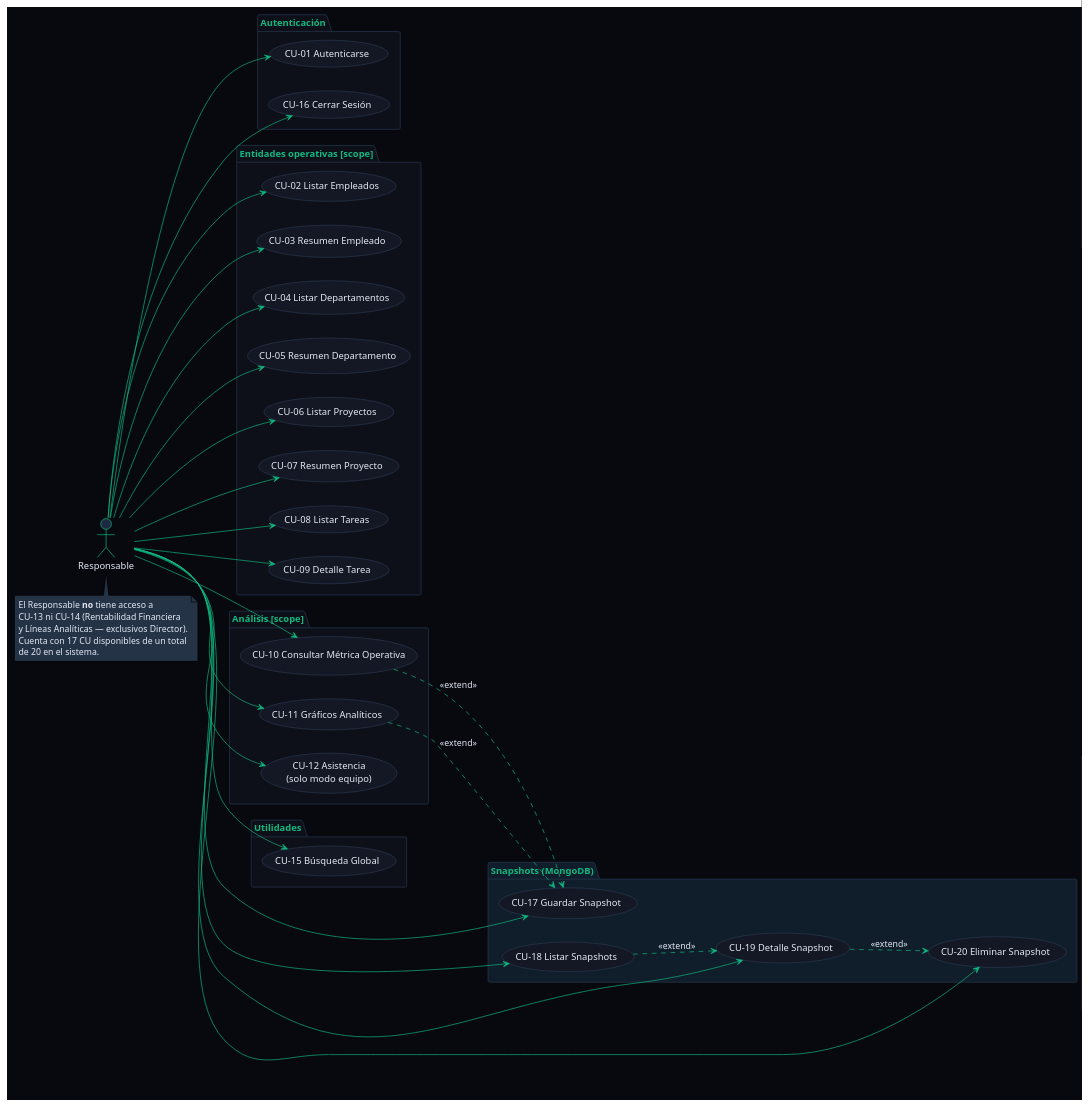
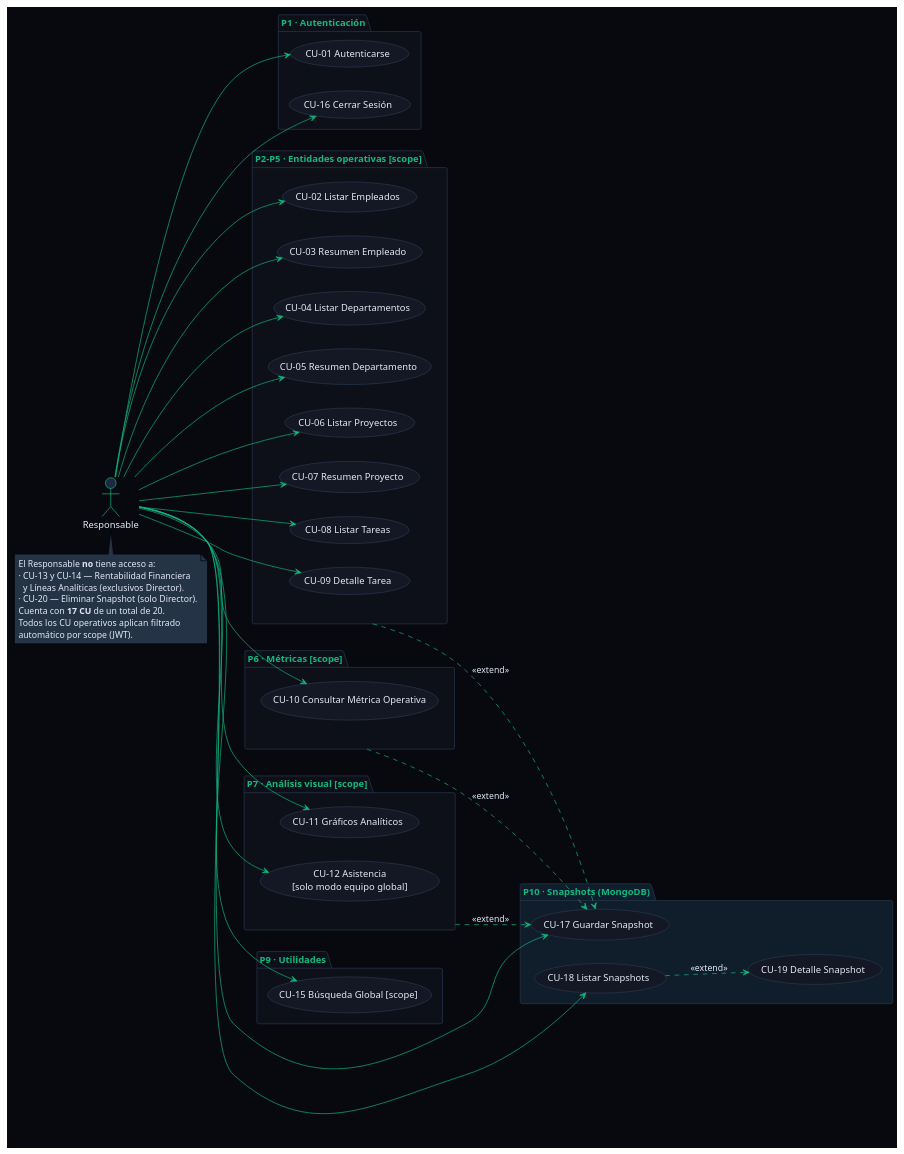
Before and after one commit to ceesargaarcia/GII-TFG-2026: the diagram in Estudiantes/cesar-garcia-eguiguren/Capítulo-2/diagramas/actorResponsable.puml, drawn with PlantUML. The commit also changed 45 other files, not shown here.

Commit message:
actualizacion de los diagramas y documentacion corregida

```diff
--- a/Estudiantes/cesar-garcia-eguiguren/Capítulo-2/diagramas/actorResponsable.puml
+++ b/Estudiantes/cesar-garcia-eguiguren/Capítulo-2/diagramas/actorResponsable.puml
@@ -1,93 +1,99 @@
 @startuml ActorResponsable
 !theme plain
 left to right direction
 
 skinparam backgroundColor #07090F
 skinparam defaultFontColor #E2E8F5
 skinparam ArrowColor #10B981
 skinparam NoteBackgroundColor #253346
 skinparam usecase {
   BackgroundColor #141824
   BorderColor #2A3850
   FontColor #E2E8F5
 }
 skinparam actor {
   BackgroundColor #1E2840
   BorderColor #10B981
   FontColor #E2E8F5
 }
 skinparam package {
   BackgroundColor #0D1018
   BorderColor #2A3850
   FontColor #10B981
   FontStyle bold
 }
 
 actor "Responsable" as R
 
-package "Autenticación" {
+package "P1 · Autenticación" {
   usecase "CU-01 Autenticarse" as CU01
   usecase "CU-16 Cerrar Sesión" as CU16
 }
 
-package "Entidades operativas [scope]" {
+package "P2–P5 · Entidades operativas [scope]" {
   usecase "CU-02 Listar Empleados" as CU02
   usecase "CU-03 Resumen Empleado" as CU03
   usecase "CU-04 Listar Departamentos" as CU04
   usecase "CU-05 Resumen Departamento" as CU05
   usecase "CU-06 Listar Proyectos" as CU06
   usecase "CU-07 Resumen Proyecto" as CU07
   usecase "CU-08 Listar Tareas" as CU08
   usecase "CU-09 Detalle Tarea" as CU09
 }
 
-package "Análisis [scope]" {
+package "P6 · Métricas [scope]" {
   usecase "CU-10 Consultar Métrica Operativa" as CU10
-  usecase "CU-11 Gráficos Analíticos" as CU11
-  usecase "CU-12 Asistencia\n(solo modo equipo)" as CU12
 }
 
-package "Utilidades" {
-  usecase "CU-15 Búsqueda Global" as CU15
+package "P7 · Análisis visual [scope]" {
+  usecase "CU-11 Gráficos Analíticos" as CU11
+  usecase "CU-12 Asistencia\n[solo modo equipo global]" as CU12
 }
 
-package "Snapshots (MongoDB)" #0F1E2A {
+package "P9 · Utilidades" {
+  usecase "CU-15 Búsqueda Global [scope]" as CU15
+}
+
+package "P10 · Snapshots (MongoDB)" #0F1E2A {
   usecase "CU-17 Guardar Snapshot" as CU17
   usecase "CU-18 Listar Snapshots" as CU18
   usecase "CU-19 Detalle Snapshot" as CU19
-  usecase "CU-20 Eliminar Snapshot" as CU20
 }
 
 R --> CU01
 R --> CU02
 R --> CU03
 R --> CU04
 R --> CU05
 R --> CU06
 R --> CU07
 R --> CU08
 R --> CU09
 R --> CU10
 R --> CU11
 R --> CU12
 R --> CU15
 R --> CU16
 R --> CU17
 R --> CU18
-R --> CU19
-R --> CU20
 
-CU10 ..> CU17 : <<extend>>
-CU11 ..> CU17 : <<extend>>
+' ── Relaciones <<extend>> ─────────────────────────────────────
+"P6 · Métricas [scope]" ..> CU17 : <<extend>>
+"P7 · Análisis visual [scope]" ..> CU17 : <<extend>>
+"P2–P5 · Entidades operativas [scope]" ..> CU17 : <<extend>>
+
+
+' Visor de snapshots (solo lectura para Responsable)
 CU18 ..> CU19 : <<extend>>
-CU19 ..> CU20 : <<extend>>
 
 note bottom of R
-  El Responsable **no** tiene acceso a
-  CU-13 ni CU-14 (Rentabilidad Financiera
-  y Líneas Analíticas — exclusivos Director).
-  Cuenta con 17 CU disponibles de un total
-  de 20 en el sistema.
+  El Responsable **no** tiene acceso a:
+  · CU-13 y CU-14 — Rentabilidad Financiera
+    y Líneas Analíticas (exclusivos Director).
+  · CU-20 — Eliminar Snapshot (solo Director).
+  Cuenta con **17 CU** de un total de 20.
+  Todos los CU operativos aplican filtrado
+  automático por scope (JWT).
 end note
 
 @enduml
```
